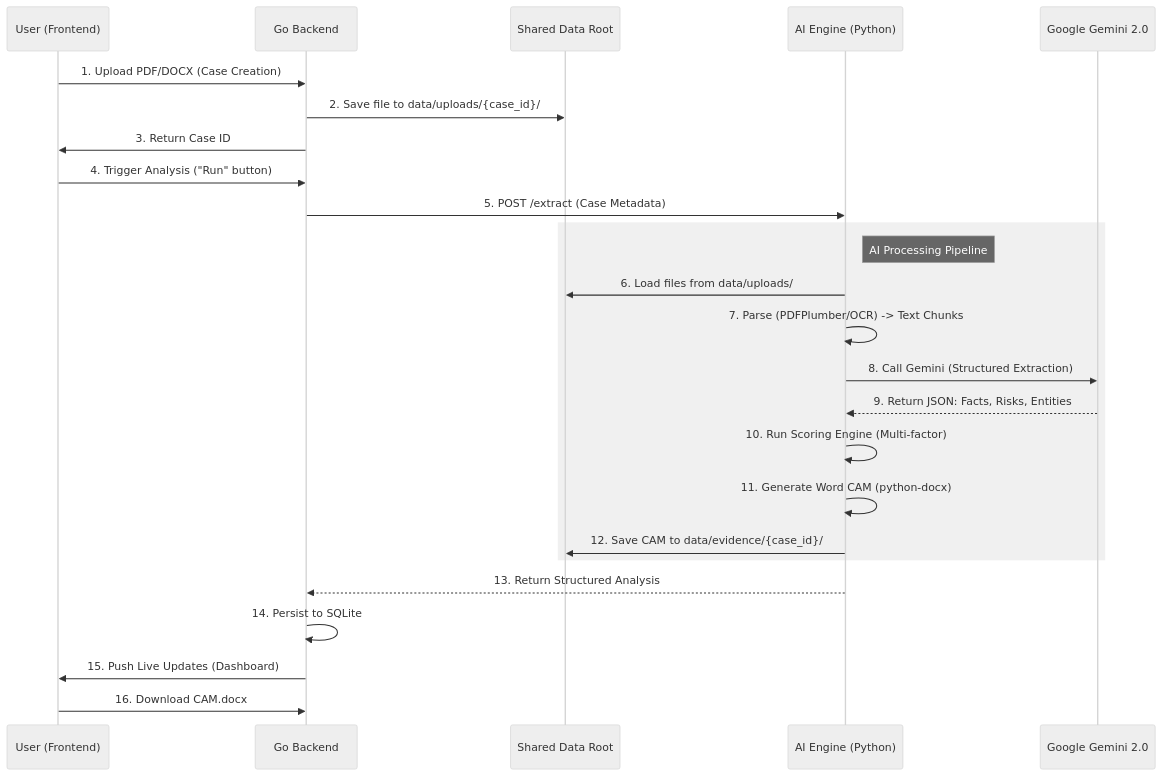
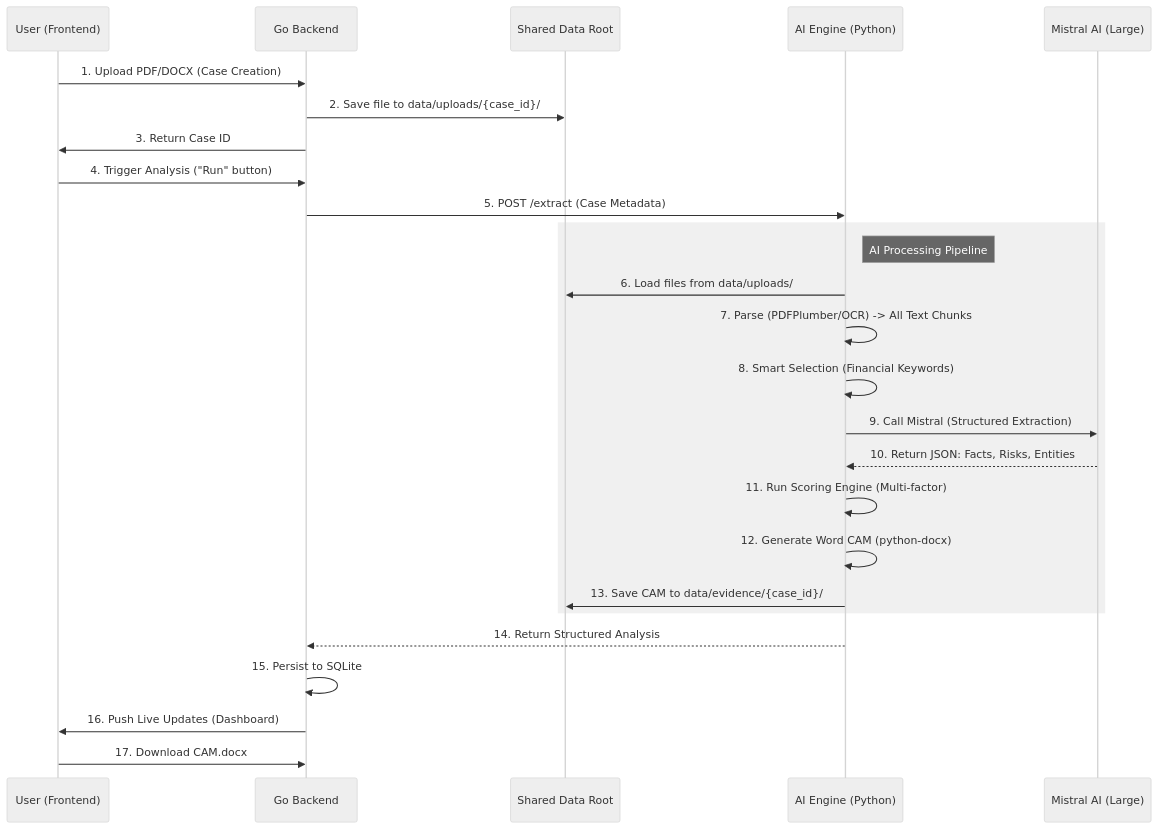
The diagram in flow.md (jimmy2683/Intelli-credit), drawn with Mermaid (neutral theme) before and after one commit. The commit also changed other lines of this file and 10 other files, not shown here.

````diff
--- a/flow.md
+++ b/flow.md
@@ -14,30 +14,31 @@
 ```mermaid
 sequenceDiagram
     participant U as User (Frontend)
     participant B as Go Backend
     participant S as Shared Data Root
     participant AE as AI Engine (Python)
-    participant G as Google Gemini 2.0
+    participant M as Mistral AI (Large)
 
     U->>B: 1. Upload PDF/DOCX (Case Creation)
     B->>S: 2. Save file to data/uploads/{case_id}/
     B->>U: 3. Return Case ID
     U->>B: 4. Trigger Analysis ("Run" button)
     B->>AE: 5. POST /extract (Case Metadata)
     
     rect rgb(240, 240, 240)
         Note right of AE: AI Processing Pipeline
         AE->>S: 6. Load files from data/uploads/
-        AE->>AE: 7. Parse (PDFPlumber/OCR) -> Text Chunks
-        AE->>G: 8. Call Gemini (Structured Extraction)
-        G-->>AE: 9. Return JSON: Facts, Risks, Entities
-        AE->>AE: 10. Run Scoring Engine (Multi-factor)
-        AE->>AE: 11. Generate Word CAM (python-docx)
-        AE->>S: 12. Save CAM to data/evidence/{case_id}/
+        AE->>AE: 7. Parse (PDFPlumber/OCR) -> All Text Chunks
+        AE->>AE: 8. Smart Selection (Financial Keywords)
+        AE->>M: 9. Call Mistral (Structured Extraction)
+        M-->>AE: 10. Return JSON: Facts, Risks, Entities
+        AE->>AE: 11. Run Scoring Engine (Multi-factor)
+        AE->>AE: 12. Generate Word CAM (python-docx)
+        AE->>S: 13. Save CAM to data/evidence/{case_id}/
     end
 
-    AE-->>B: 13. Return Structured Analysis
-    B->>B: 14. Persist to SQLite
-    B->>U: 15. Push Live Updates (Dashboard)
-    U->>B: 16. Download CAM.docx
+    AE-->>B: 14. Return Structured Analysis
+    B->>B: 15. Persist to SQLite
+    B->>U: 16. Push Live Updates (Dashboard)
+    U->>B: 17. Download CAM.docx
 ```
````
